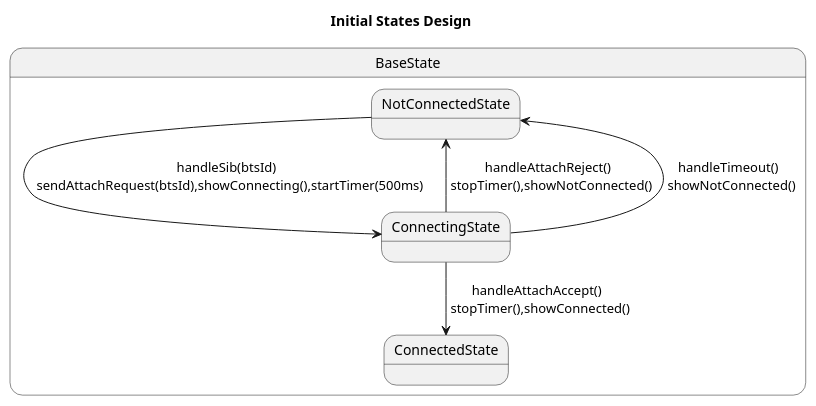
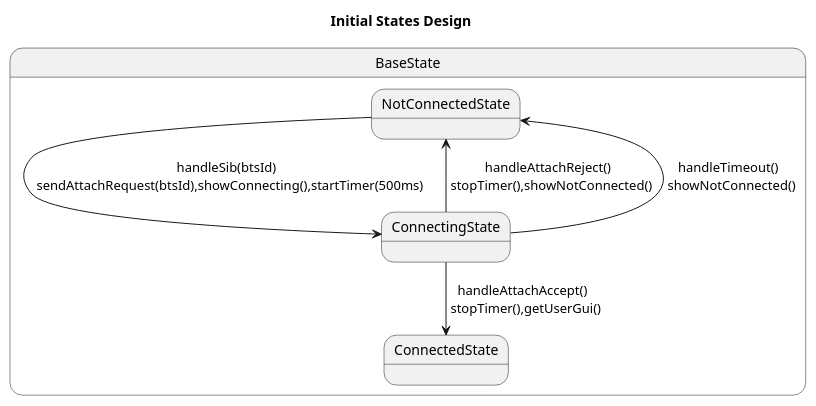
One commit to pgum/Nokia-PK-2022 changed the diagram in docs/InitialStateDesign.plantuml. Above: the diagram before and after it, drawn with PlantUML. The commit also changed 13 other files, not shown here.

Commit message:
refactore UserPort(Gui)<->ConnectedState interaction

```diff
--- a/docs/InitialStateDesign.plantuml
+++ b/docs/InitialStateDesign.plantuml
@@ -1,19 +1,19 @@
 @startuml
 title Initial States Design
 
 state BaseState {
 
 state NotConnectedState 
 state ConnectingState 
 state ConnectedState 
 
 NotConnectedState --> ConnectingState : handleSib(btsId) \n sendAttachRequest(btsId),showConnecting(),startTimer(500ms)
 
-ConnectingState --> ConnectedState  : handleAttachAccept() \n stopTimer(),showConnected()
+ConnectingState --> ConnectedState  : handleAttachAccept() \n stopTimer(),getUserGui()
 
 ConnectingState --> NotConnectedState  : handleAttachReject() \n stopTimer(),showNotConnected()
 ConnectingState --> NotConnectedState  : handleTimeout() \n showNotConnected()
 
 
 }
 @enduml
```
